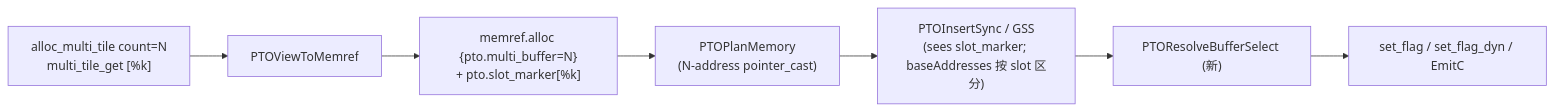
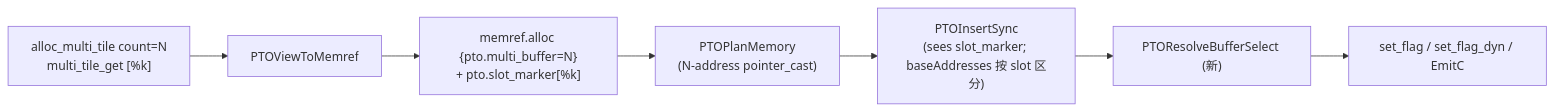
The diagram in docs/designs/ptoas-multi-buffer-explicit-design.md (Zhendong404/PTOAS), drawn with Mermaid before and after one commit. The commit also changed other lines of this file and 483 other files, not shown here.

````diff
--- a/docs/designs/ptoas-multi-buffer-explicit-design.md
+++ b/docs/designs/ptoas-multi-buffer-explicit-design.md
@@ -130,9 +130,9 @@
 ```mermaid
 flowchart LR
   A["alloc_multi_tile count=N<br/>multi_tile_get [%k]"] --> B["PTOViewToMemref"]
   B --> B2["memref.alloc {pto.multi_buffer=N}<br/>+ pto.slot_marker[%k]"]
   B2 --> C["PTOPlanMemory<br/>(N-address pointer_cast)"]
-  C --> D["PTOInsertSync / GSS<br/>(sees slot_marker; baseAddresses 按 slot 区分)"]
+  C --> D["PTOInsertSync<br/>(sees slot_marker; baseAddresses 按 slot 区分)"]
   D --> E["PTOResolveBufferSelect (新)"]
   E --> F["set_flag / set_flag_dyn / EmitC"]
 ```
````
